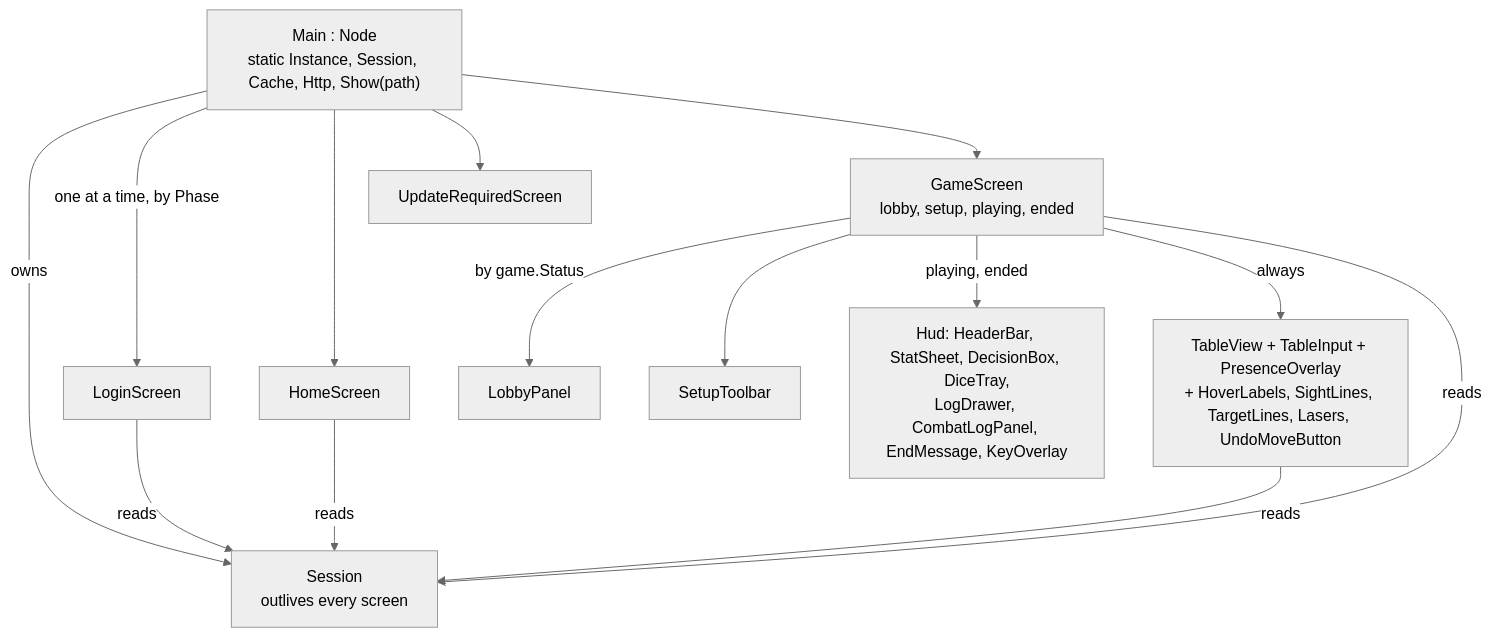
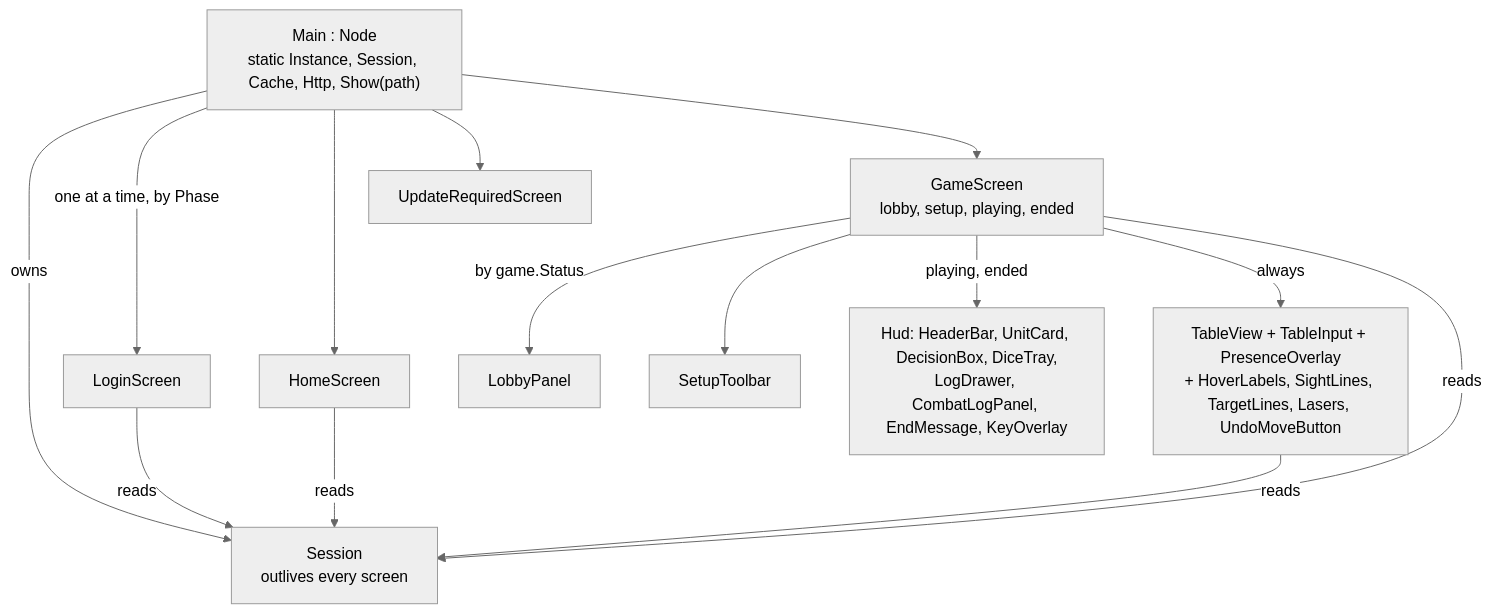
The diagram in docs/design/client/core-and-screens.md (cstupi/tabletop), drawn with Mermaid (neutral theme) before and after one commit. The commit also changed 5 other files, not shown here.

First line of the commit message:
Document the unit card

````diff
--- a/docs/design/client/core-and-screens.md
+++ b/docs/design/client/core-and-screens.md
@@ -39,27 +39,27 @@
 ```mermaid
 flowchart TD
   main["Main : Node<br/>static Instance, Session, Cache, Http, Show(path)"]
   session["Session<br/>outlives every screen"]
   login["LoginScreen"]
   home["HomeScreen"]
   update["UpdateRequiredScreen"]
   gamescr["GameScreen<br/>lobby, setup, playing, ended"]
   lobby["LobbyPanel"]
   setup["SetupToolbar"]
-  hud["Hud: HeaderBar, StatSheet, DecisionBox, DiceTray,<br/>LogDrawer, CombatLogPanel, EndMessage, KeyOverlay"]
+  hud["Hud: HeaderBar, UnitCard, DecisionBox, DiceTray,<br/>LogDrawer, CombatLogPanel, EndMessage, KeyOverlay"]
   table["TableView + TableInput + PresenceOverlay<br/>+ HoverLabels, SightLines, TargetLines, Lasers, UndoMoveButton"]
 
   main -- owns --> session
   main -- "one at a time, by Phase" --> login
   main --> home
   main --> update
   main --> gamescr
   gamescr -- "by game.Status" --> lobby
   gamescr --> setup
   gamescr -- "playing, ended" --> hud
   gamescr -- "always" --> table
   login -- reads --> session
   home -- reads --> session
   gamescr -- reads --> session
   table -- reads --> session
 ```
````
